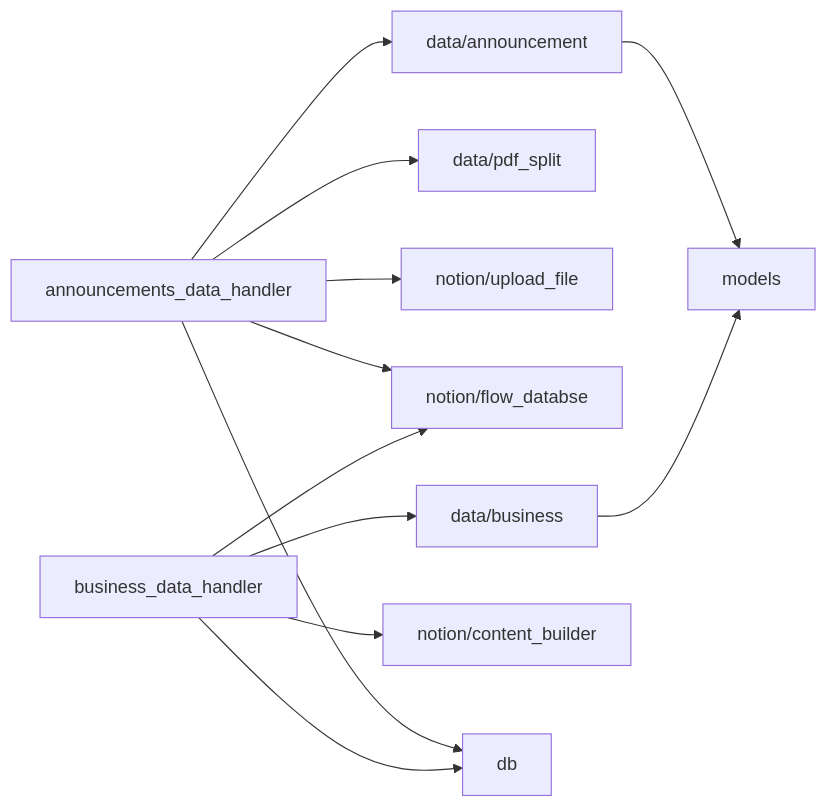
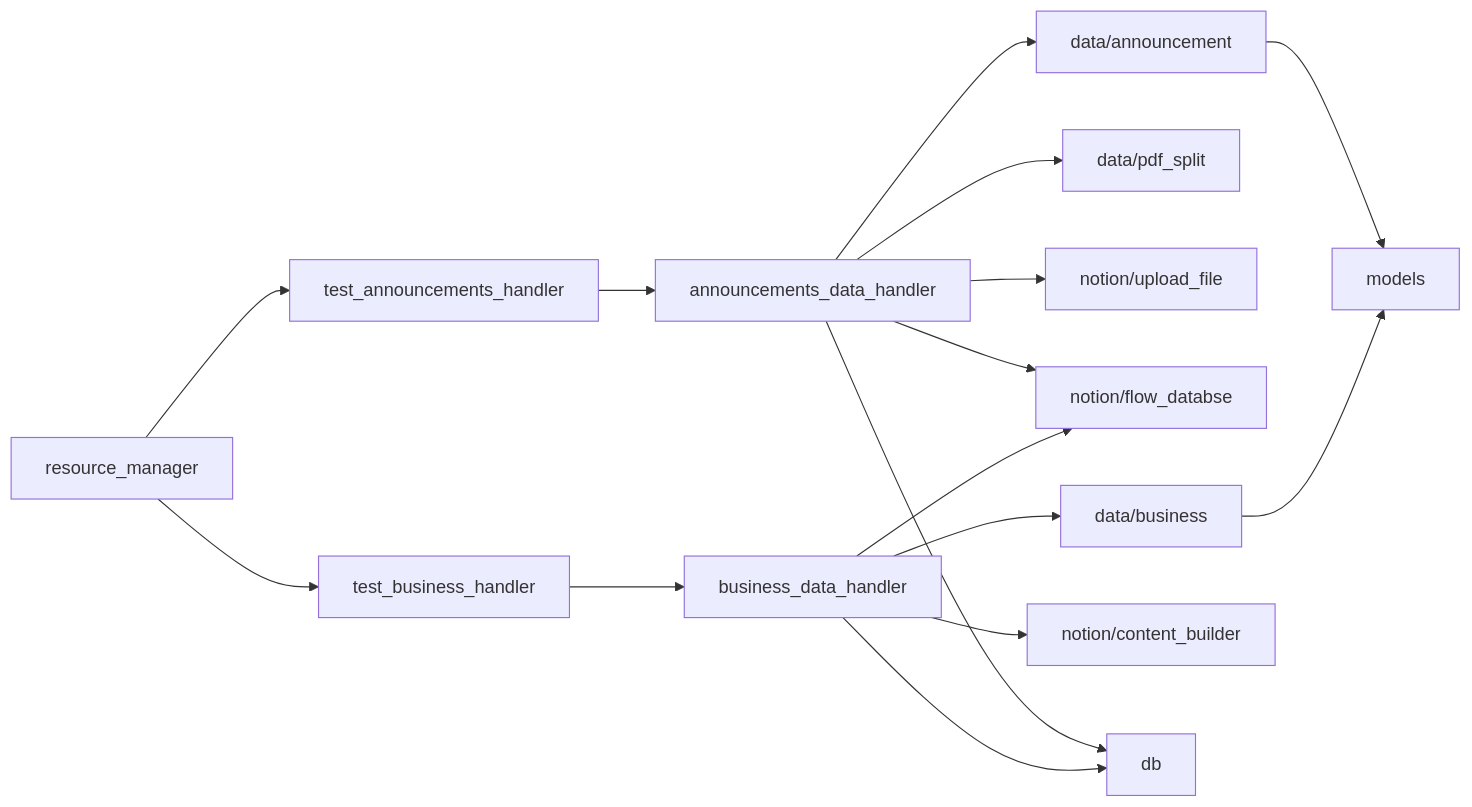
The sixth of 6 diagrams in .qoder/repowiki/zh/content/测试策略/测试策略.md (iverwong/DataLife), drawn with Mermaid before and after one commit. The commit also changed other lines of this file and 6 other files, not shown here.

````diff
--- a/.qoder/repowiki/zh/content/测试策略/测试策略.md
+++ b/.qoder/repowiki/zh/content/测试策略/测试策略.md
@@ -287,14 +264,18 @@
 ```mermaid
 graph LR
 H1["announcements_data_handler"] --> D1["data/announcement"]
 H1 --> D3["data/pdf_split"]
 H1 --> N4["notion/upload_file"]
 H1 --> N3["notion/flow_databse"]
 H2["business_data_handler"] --> D2["data/business"]
 H2 --> N1["notion/content_builder"]
 H2 --> N3
 D1 --> M1["models"]
 D2 --> M1
 H1 --> DB["db"]
 H2 --> DB
+T1["test_announcements_handler"] --> H1
+T2["test_business_handler"] --> H2
+T3["resource_manager"] --> T1
+T3 --> T2
 ```
````
